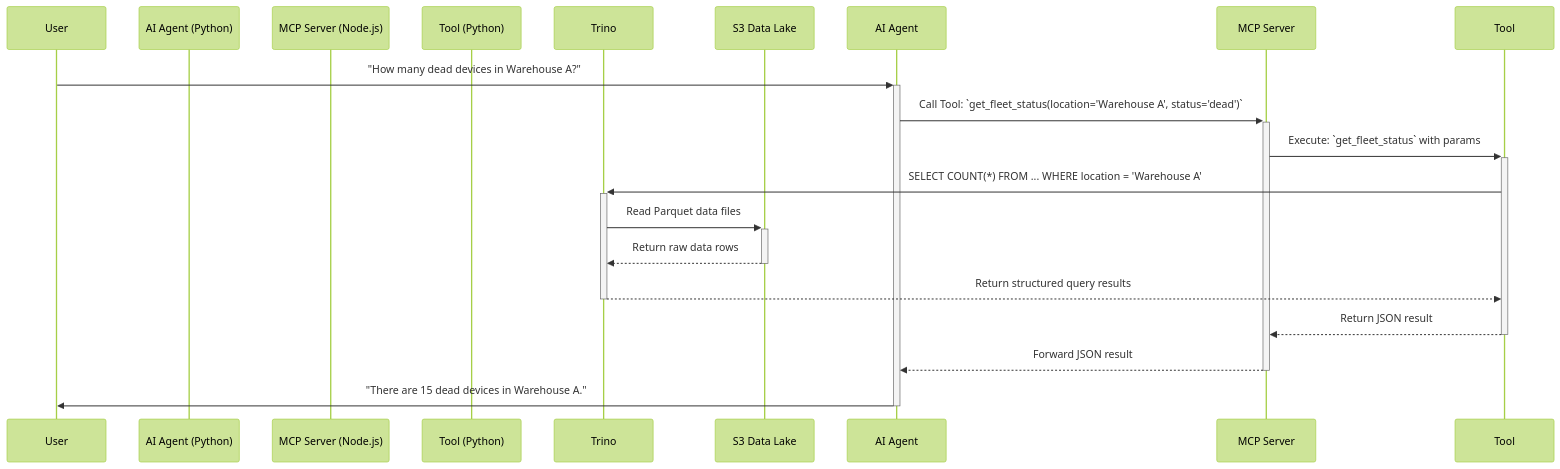
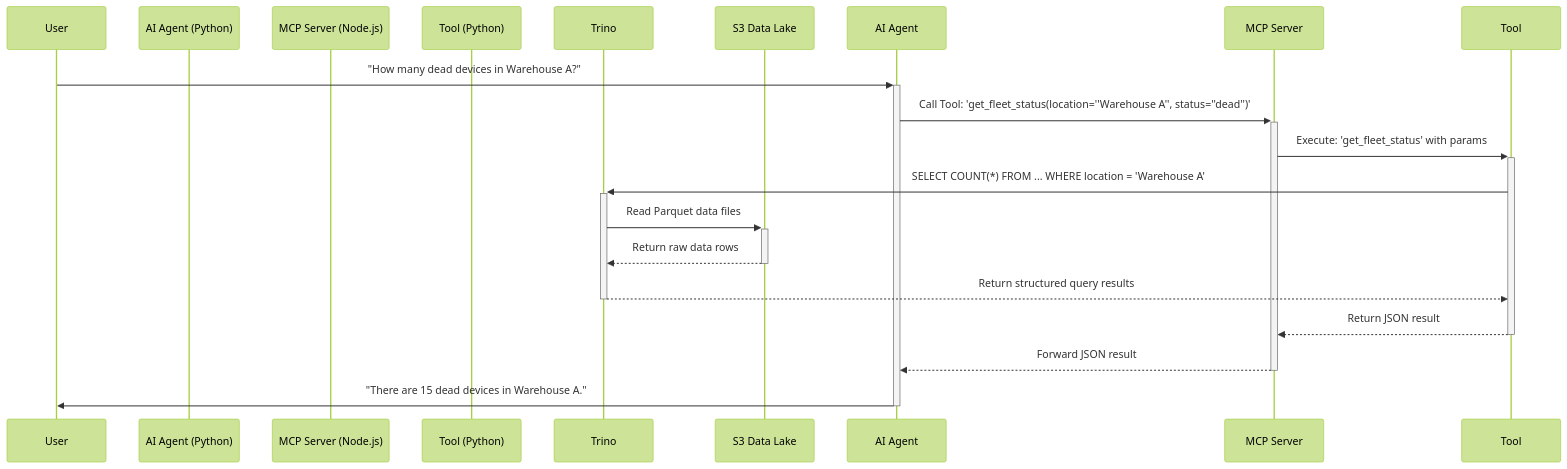
Before and after one commit to belablotski/heap_arch: the first of 9 diagrams in agentic_device_fleet/FLOW_FRAGMENTS.md, drawn with Mermaid (forest theme). The commit also changed other lines of this file and 1 other file, not shown here.

````diff
--- a/agentic_device_fleet/FLOW_FRAGMENTS.md
+++ b/agentic_device_fleet/FLOW_FRAGMENTS.md
@@ -9,20 +9,20 @@
 ```mermaid
 sequenceDiagram
     participant User
     participant AI Agent (Python)
     participant MCP Server (Node.js)
     participant Tool (Python)
     participant Trino
     participant S3 Data Lake
 
     User->>+AI Agent: "How many dead devices in Warehouse A?"
-    AI Agent->>+MCP Server: Call Tool: `get_fleet_status(location='Warehouse A', status='dead')`
-    MCP Server->>+Tool: Execute: `get_fleet_status` with params
+    AI Agent->>+MCP Server: Call Tool: 'get_fleet_status(location=''Warehouse A'', status=''dead'')'
+    MCP Server->>+Tool: Execute: 'get_fleet_status' with params
     Tool->>+Trino: SELECT COUNT(*) FROM ... WHERE location = 'Warehouse A'
     Trino->>+S3 Data Lake: Read Parquet data files
     S3 Data Lake-->>-Trino: Return raw data rows
     Trino-->>-Tool: Return structured query results
     Tool-->>-MCP Server: Return JSON result
     MCP Server-->>-AI Agent: Forward JSON result
     AI Agent->>-User: "There are 15 dead devices in Warehouse A."
 ```
````
